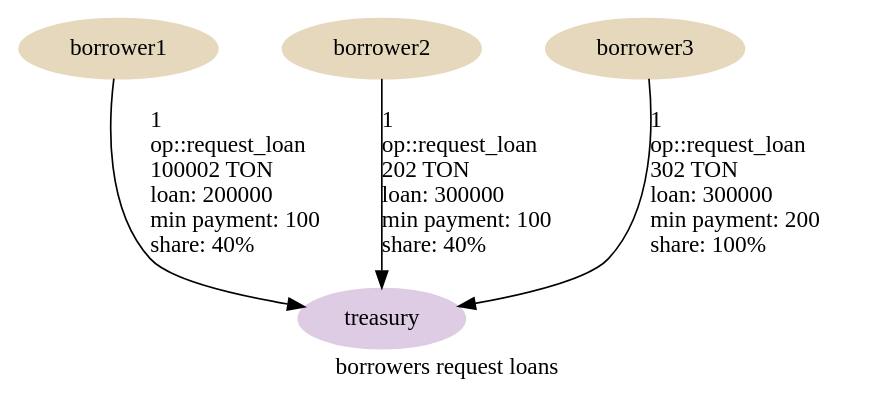
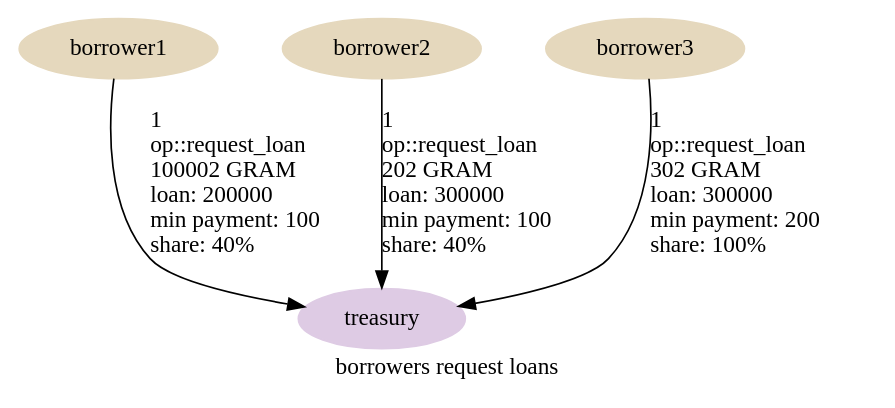
Before and after one commit to HipoFinance/contract: the diagram in graphs/04-request-loan.dot, drawn with Graphviz. The commit also changed 97 other files, not shown here.

First line of the commit message:
Finish the TON to GRAM and hTON to hGRAM rebrand

```diff
--- a/graphs/04-request-loan.dot
+++ b/graphs/04-request-loan.dot
@@ -1,17 +1,17 @@
 digraph {
     label="borrowers request loans"
     node [ colorscheme=pastel19 style=filled ]
 
     /* Entities */
     borrower1, borrower2, borrower3 [ color=7 ]
     treasury [ color=4 ]
 
     /* Relationships */
-    borrower1 -> treasury [ label="1\l op::request_loan\l 100002 TON\l loan: 200000\l min payment: 100\l share: 40%\l" ]
-    borrower2 -> treasury [ label="1\l op::request_loan\l 202 TON\l loan: 300000\l min payment: 100\l share: 40%\l" ]
-    borrower3 -> treasury [ label="1\l op::request_loan\l 302 TON\l loan: 300000\l min payment: 200\l share: 100%\l" ]
+    borrower1 -> treasury [ label="1\l op::request_loan\l 100002 GRAM\l loan: 200000\l min payment: 100\l share: 40%\l" ]
+    borrower2 -> treasury [ label="1\l op::request_loan\l 202 GRAM\l loan: 300000\l min payment: 100\l share: 40%\l" ]
+    borrower3 -> treasury [ label="1\l op::request_loan\l 302 GRAM\l loan: 300000\l min payment: 200\l share: 100%\l" ]
 
     /* Ranks */
     { rank=min borrower1 borrower2 borrower3 }
     { rank=max treasury }
 }
```
